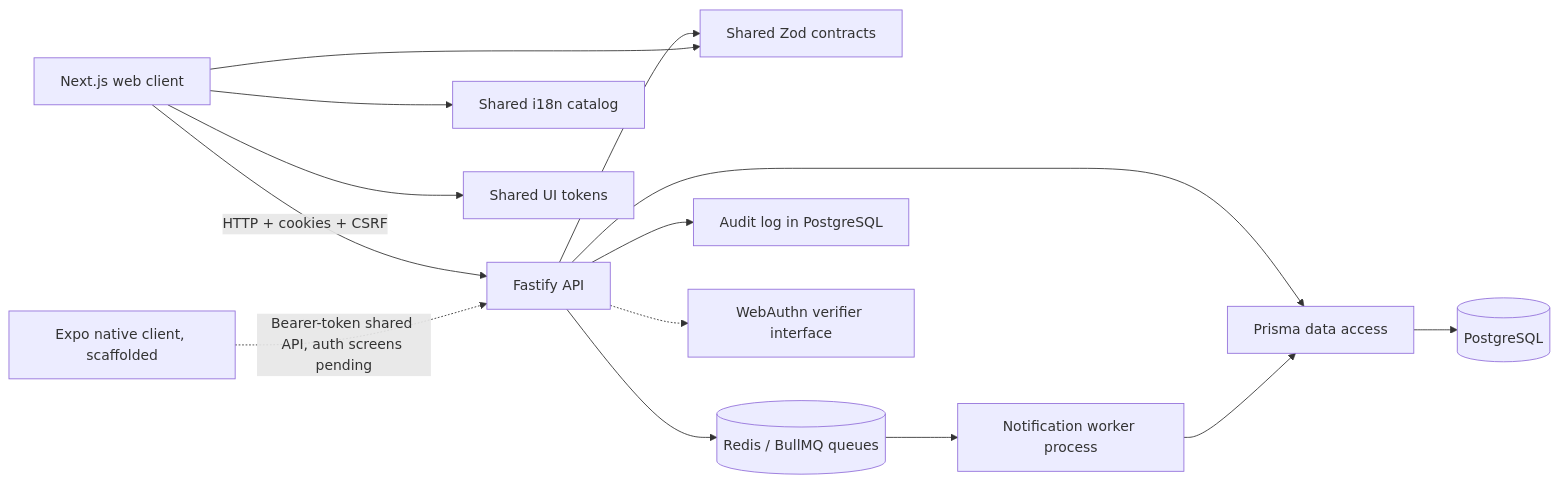
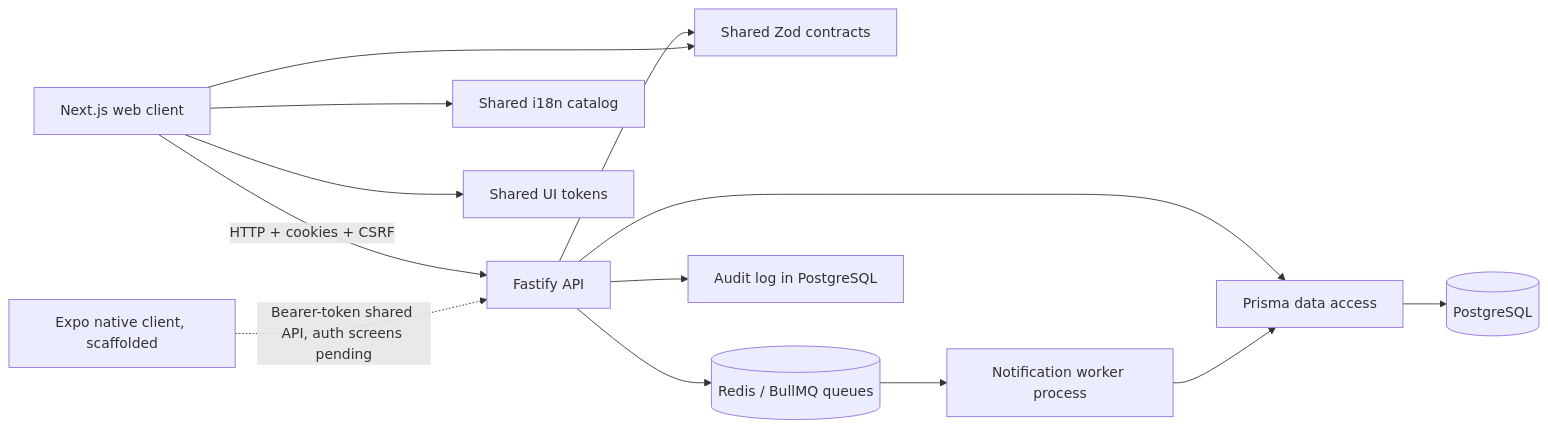
The diagram in docs/architecture.md (kazes5/soccer), drawn with Mermaid before and after one commit. The commit also changed other lines of this file and 120 other files, not shown here.

````diff
--- a/docs/architecture.md
+++ b/docs/architecture.md
@@ -23,16 +23,15 @@
 ```mermaid
 flowchart LR
     Browser[Next.js web client] -->|HTTP + cookies + CSRF| API[Fastify API]
     Mobile[Expo native client, scaffolded] -.->|Bearer-token shared API, auth screens pending| API
     API --> Contracts[Shared Zod contracts]
     Browser --> Contracts
     Browser --> I18n[Shared i18n catalog]
     Browser --> Tokens[Shared UI tokens]
     API --> Prisma[Prisma data access]
     Prisma --> Postgres[(PostgreSQL)]
     API --> Redis[(Redis / BullMQ queues)]
     Redis --> Worker[Notification worker process]
     Worker --> Prisma
     API --> Audit[Audit log in PostgreSQL]
-    API -.-> Provider[WebAuthn verifier interface]
 ```
````
